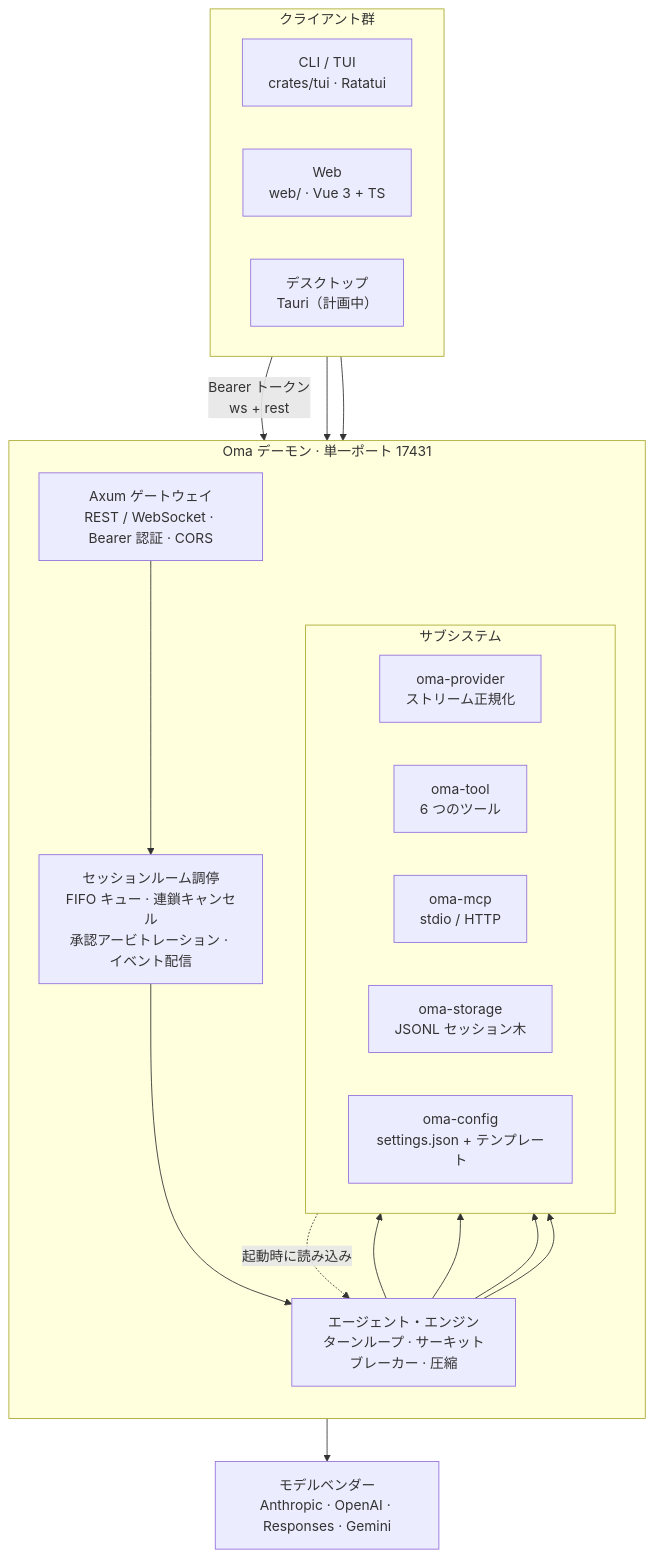
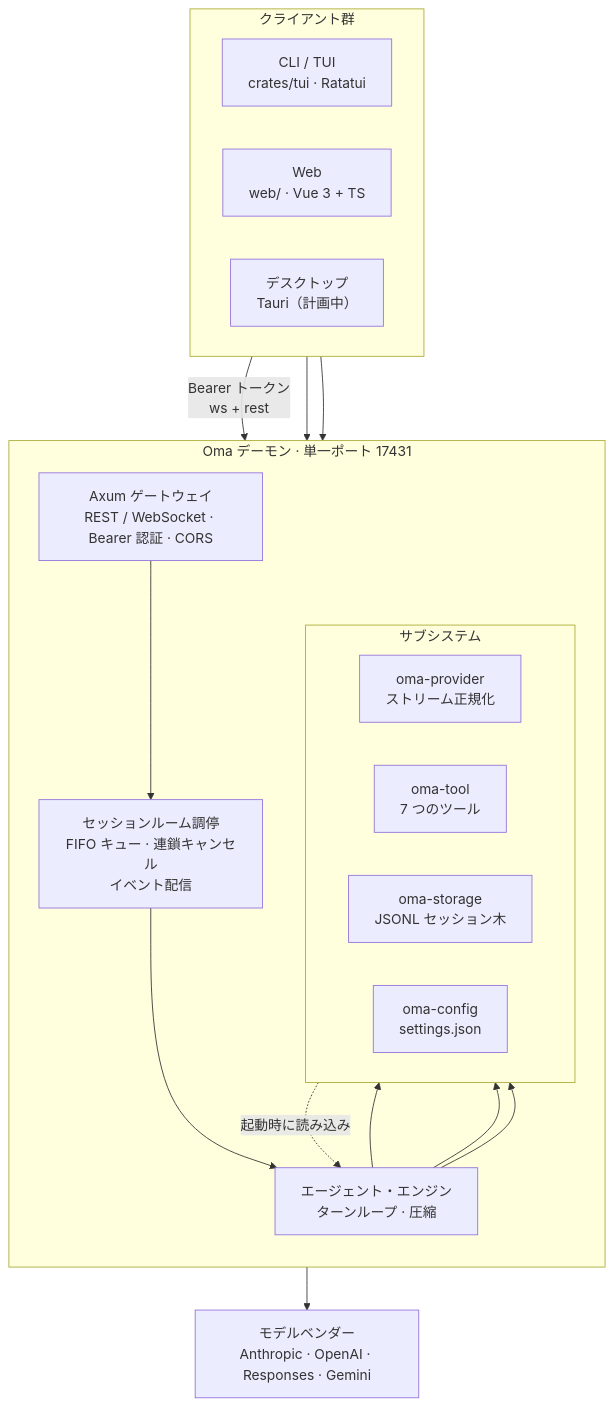
Before and after one commit to waittide/oma: the diagram in README.ja.md, drawn with Mermaid. The commit also changed other lines of this file and 3 other files, not shown here.

````diff
--- a/README.ja.md
+++ b/README.ja.md
@@ -119,36 +102,34 @@
 ```mermaid
 flowchart TB
     subgraph Clients["クライアント群"]
         direction LR
         TUI["CLI / TUI<br/>crates/tui · Ratatui"]
         WEB["Web<br/>web/ · Vue 3 + TS"]
         DESK["デスクトップ<br/>Tauri（計画中）"]
     end
 
     subgraph Daemon["Oma デーモン · 単一ポート 17431"]
         direction TB
         GW["Axum ゲートウェイ<br/>REST / WebSocket · Bearer 認証 · CORS"]
-        ROOM["セッションルーム調停<br/>FIFO キュー · 連鎖キャンセル<br/>承認アービトレーション · イベント配信"]
-        ENGINE["エージェント・エンジン<br/>ターンループ · サーキットブレーカー · 圧縮"]
+        ROOM["セッションルーム調停<br/>FIFO キュー · 連鎖キャンセル<br/>イベント配信"]
+        ENGINE["エージェント・エンジン<br/>ターンループ · 圧縮"]
         subgraph Sub["サブシステム"]
             direction LR
             PROV["oma-provider<br/>ストリーム正規化"]
-            TOOL["oma-tool<br/>6 つのツール"]
-            MCP["oma-mcp<br/>stdio / HTTP"]
+            TOOL["oma-tool<br/>7 つのツール"]
             STORE["oma-storage<br/>JSONL セッション木"]
-            CONF["oma-config<br/>settings.json + テンプレート"]
+            CONF["oma-config<br/>settings.json"]
         end
     end
 
     VENDORS["モデルベンダー<br/>Anthropic · OpenAI · Responses · Gemini"]
 
     TUI -->|"Bearer トークン<br/>ws + rest"| GW
     WEB --> GW
     DESK --> GW
     GW --> ROOM --> ENGINE
     ENGINE --> PROV --> VENDORS
     ENGINE --> TOOL
-    ENGINE --> MCP
     ENGINE --> STORE
     CONF -.->|"起動時に読み込み"| ENGINE
 ```
````
